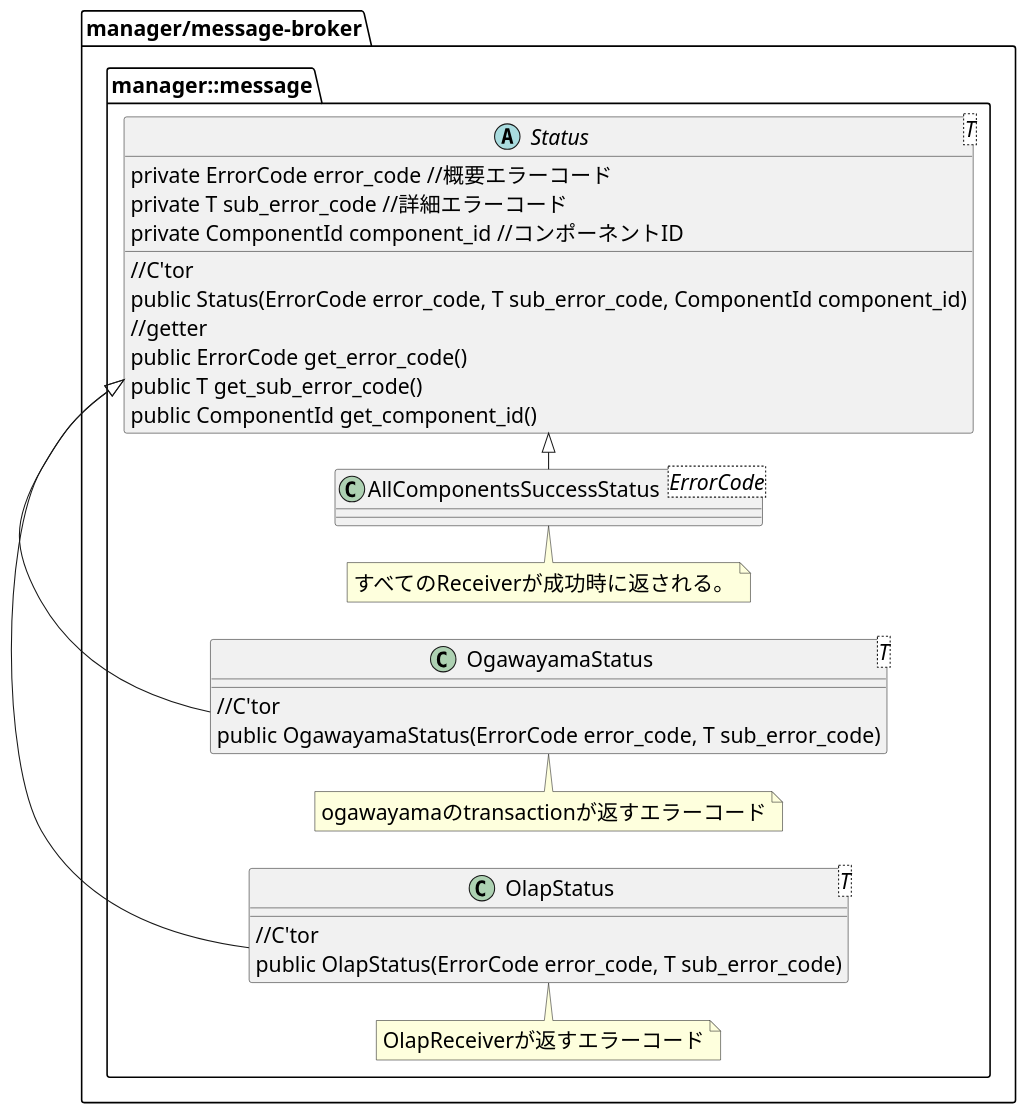
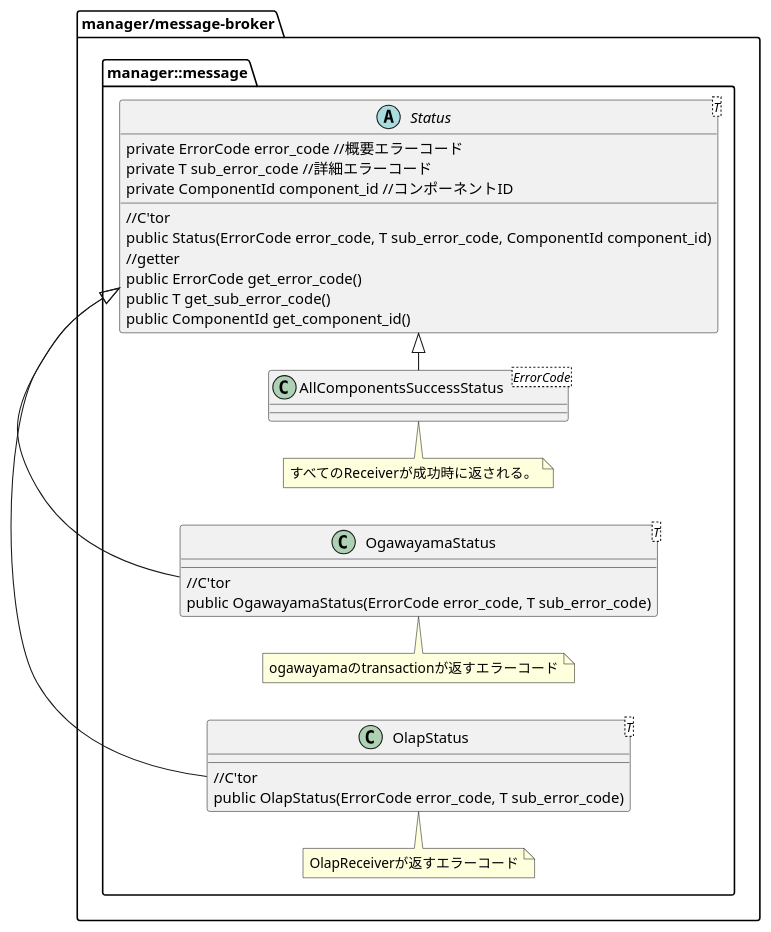
Before and after one commit to project-tsurugi/tsurugi_fdw: the diagram in docs/design/img/Status.pu, drawn with PlantUML. The commit also changed 1 other file, not shown here.

Commit message:
Fix class diagram layout for github

```diff
--- a/docs/design/img/Status.pu
+++ b/docs/design/img/Status.pu
@@ -4,49 +4,48 @@
 @startuml Status
 left to right direction
-skinparam defaultFontSize 20
 
 package "manager/message-broker" {
 namespace manager::message {
 
     abstract class Status<T>
     {
         {method}//C'tor
         {method}public Status(ErrorCode error_code, T sub_error_code, ComponentId component_id)
         {method}//getter
         {method}public ErrorCode get_error_code()
         {method}public T get_sub_error_code()
         {method}public ComponentId get_component_id()
         {field}private ErrorCode error_code //概要エラーコード
         {field}private T sub_error_code //詳細エラーコード
         {field}private ComponentId component_id //コンポーネントID
     }
 
     class AllComponentsSuccessStatus<ErrorCode>
     {
     }
 
     note top of AllComponentsSuccessStatus : すべてのReceiverが成功時に返される。
 
     class OgawayamaStatus<T>
     {
         {method}//C'tor
         {method}public OgawayamaStatus(ErrorCode error_code, T sub_error_code)
     }
 
     note top of OgawayamaStatus : ogawayamaのtransactionが返すエラーコード
 
     class OlapStatus<T>
     {
         {method}//C'tor
         {method}public OlapStatus(ErrorCode error_code, T sub_error_code)
     }
 
     note top of OlapStatus : OlapReceiverが返すエラーコード
 
 AllComponentsSuccessStatus -|> Status
 OgawayamaStatus -|> Status
 OlapStatus -|> Status
 }
 }
 
 @enduml
```
